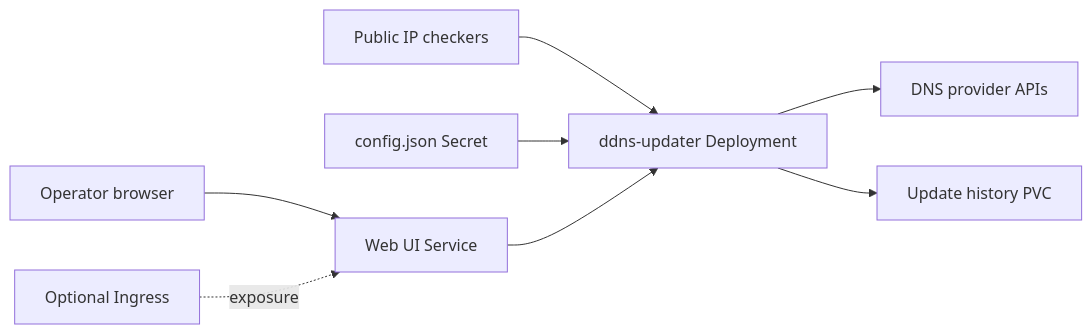
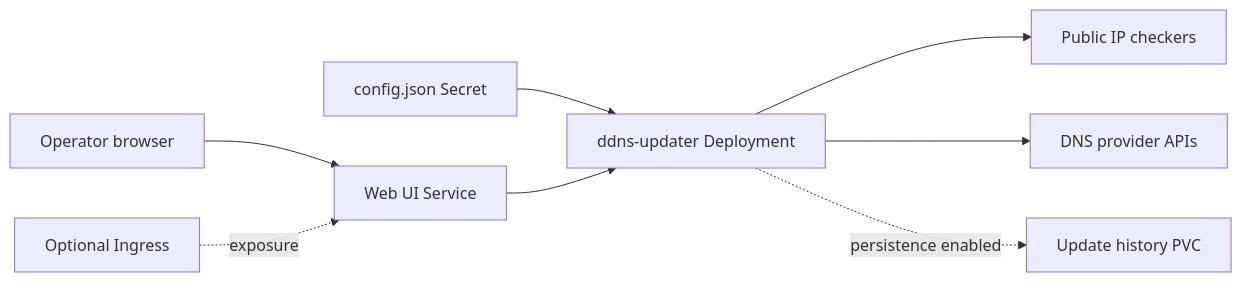
Before and after one commit to helmforgedev/charts: the diagram in charts/ddns-updater/DESIGN.md, drawn with Mermaid. The commit also changed 1 other file, not shown here.

Commit message:
docs(ddns-updater): clarify upgrade safeguards

````diff
--- a/charts/ddns-updater/DESIGN.md
+++ b/charts/ddns-updater/DESIGN.md
@@ -15,10 +15,10 @@
 ```mermaid
 flowchart LR
-  Checkers[Public IP checkers] --> Pod[ddns-updater Deployment]
+  Pod[ddns-updater Deployment] --> Checkers[Public IP checkers]
   Secret[config.json Secret] --> Pod
   Pod --> Providers[DNS provider APIs]
-  Pod --> PVC[Update history PVC]
+  Pod -. persistence enabled .-> PVC[Update history PVC]
   User[Operator browser] --> Service[Web UI Service]
   Ingress[Optional Ingress] -. exposure .-> Service
   Service --> Pod
 ```
````
